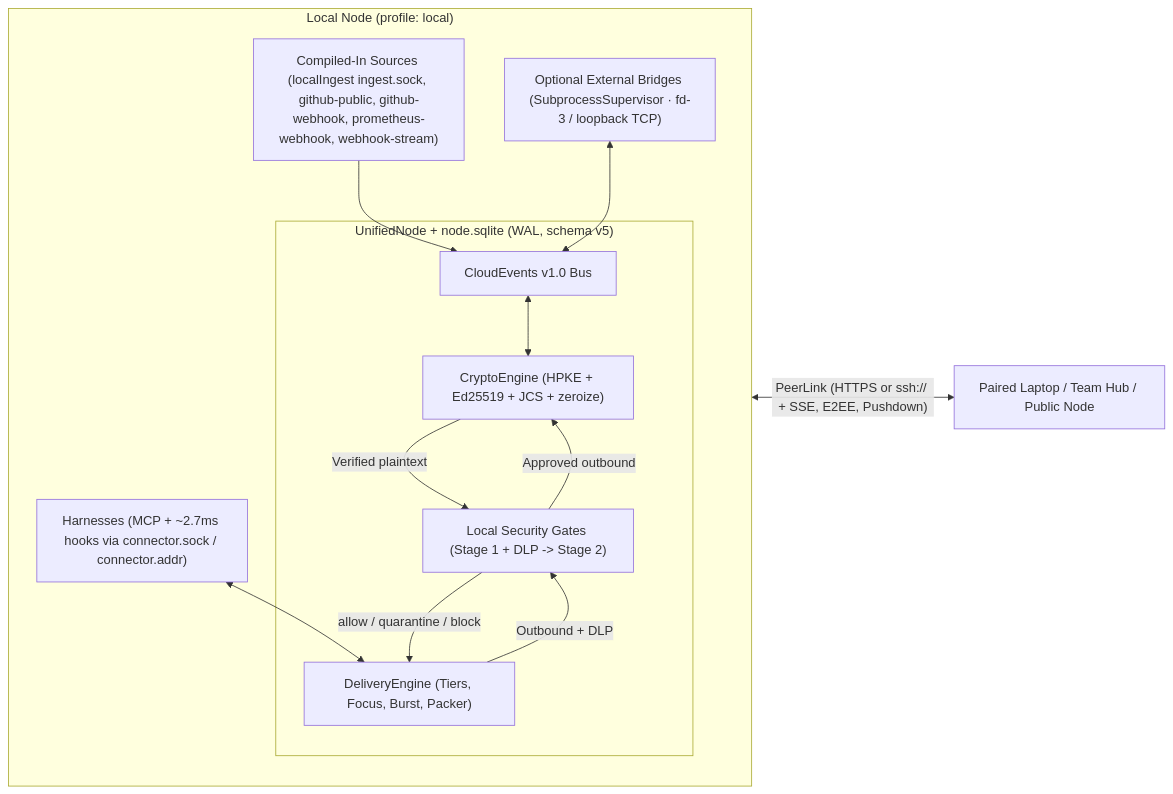
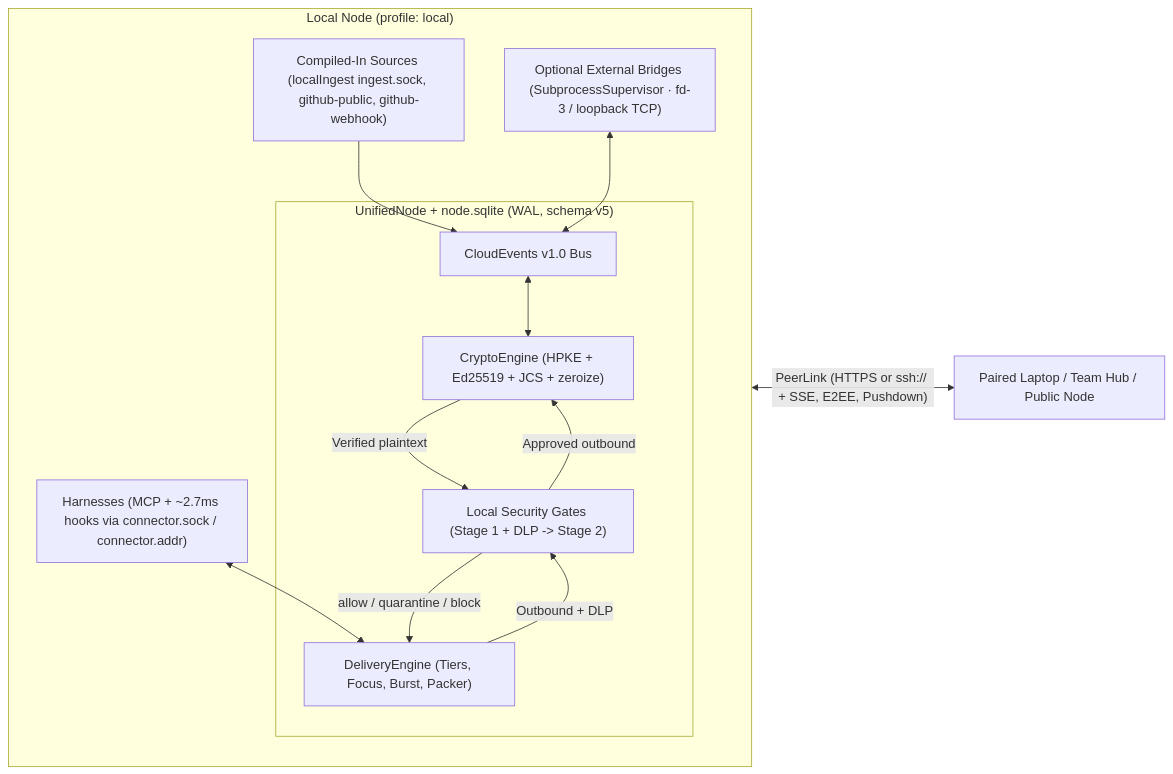
One commit to hyphae-to/hyp changed the diagram in docs/internals/architecture.md. Above: the diagram before and after it, drawn with Mermaid. The commit also changed other lines of this file and 16 other files, not shown here.

````diff
--- a/docs/internals/architecture.md
+++ b/docs/internals/architecture.md
@@ -9,27 +9,27 @@
 ```mermaid
 flowchart LR
   subgraph LocalNode["Local Node (profile: local)"]
     direction TB
     Harnesses["Harnesses (MCP + ~2.7ms hooks via connector.sock / connector.addr)"]
-    Sources["Compiled-In Sources (localIngest ingest.sock, github-public, github-webhook, prometheus-webhook, webhook-stream)"]
+    Sources["Compiled-In Sources (localIngest ingest.sock, github-public, github-webhook)"]
     Bridges["Optional External Bridges (SubprocessSupervisor · fd-3 / loopback TCP)"]
 
     subgraph Core["UnifiedNode + node.sqlite (WAL, schema v5)"]
       Bus["CloudEvents v1.0 Bus"]
       Crypto["CryptoEngine (HPKE + Ed25519 + JCS + zeroize)"]
       Gates["Local Security Gates (Stage 1 + DLP -> Stage 2)"]
       Delivery["DeliveryEngine (Tiers, Focus, Burst, Packer)"]
     end
 
     Harnesses <--> Delivery
     Sources --> Bus
     Bridges <--> Bus
     Bus <--> Crypto
     Crypto -->|"Verified plaintext"| Gates
     Gates -->|"allow / quarantine / block"| Delivery
     Delivery -->|"Outbound + DLP"| Gates
     Gates -->|"Approved outbound"| Crypto
   end
 
   Crypto <-->|"PeerLink (HTTPS or ssh:// + SSE, E2EE, Pushdown)"| Remote["Paired Laptop / Team Hub / Public Node"]
 ```
````
